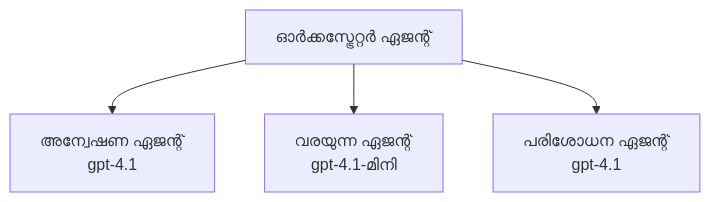
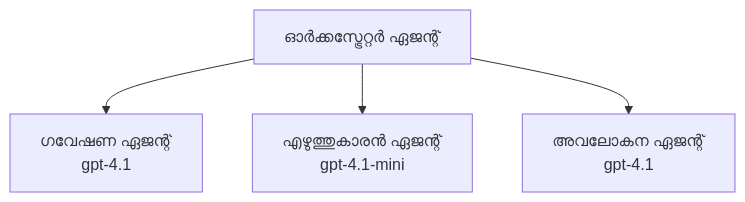
One commit to microsoft/AZD-for-beginners changed the third of 3 diagrams in translations/ml/docs/chapter-02-ai-development/agents.md. Above: the diagram before and after it, drawn with Mermaid. The commit also changed other lines of this file and 59 other files, not shown here.

````diff
--- a/translations/ml/docs/chapter-02-ai-development/agents.md
+++ b/translations/ml/docs/chapter-02-ai-development/agents.md
@@ -201,6 +201,6 @@
 ```mermaid
 graph TD
-    Orchestrator[ഓർക്കസ്ട്രേറ്റർ ഏജന്റ്] --> Research[അന്വേഷണ ഏജന്റ്<br/>gpt-4.1]
-    Orchestrator --> Writer[വരയുന്ന ഏജന്റ്<br/>gpt-4.1-മിനി]
-    Orchestrator --> Reviewer[പരിശോധന ഏജന്റ്<br/>gpt-4.1]
+    Orchestrator[ഓർക്കസ്ട്രേറ്റർ ഏജന്റ്] --> Research[ഗവേഷണ ഏജന്റ്<br/>gpt-4.1]
+    Orchestrator --> Writer[എഴുത്തുകാരൻ ഏജന്റ്<br/>gpt-4.1-mini]
+    Orchestrator --> Reviewer[അവലോകന ഏജന്റ്<br/>gpt-4.1]
 ```
````
